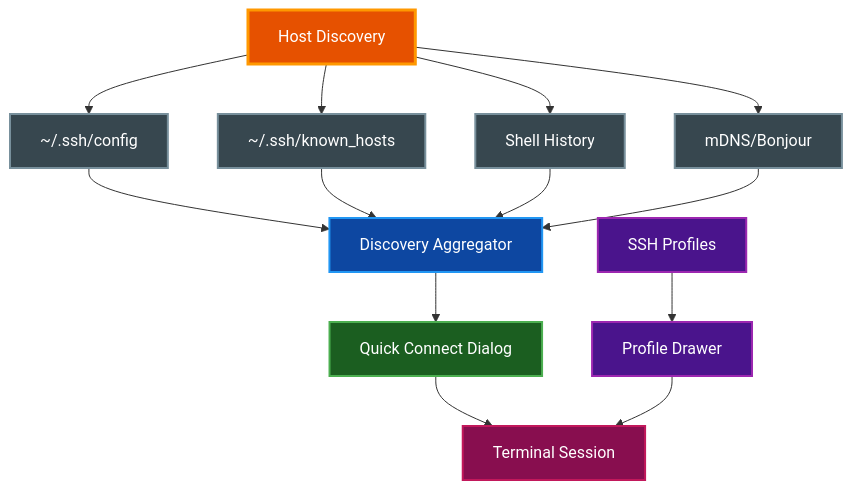
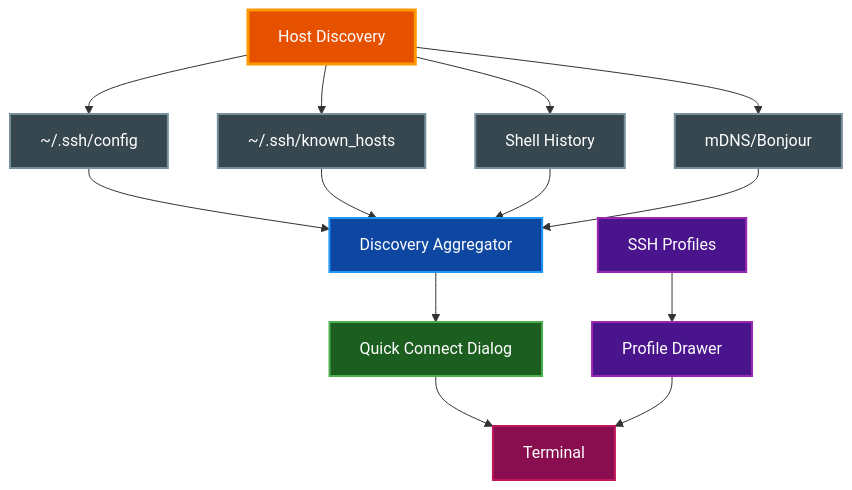
One commit to paulrobello/par-term changed the diagram in docs/features/SSH.md. Above: the diagram before and after it, drawn with Mermaid. The commit also changed 83 other files, not shown here.

````diff
--- a/docs/features/SSH.md
+++ b/docs/features/SSH.md
@@ -31,39 +31,39 @@
 ```mermaid
 graph TD
     Discovery[Host Discovery]
     Config[~/.ssh/config]
     Known[~/.ssh/known_hosts]
     History[Shell History]
     MDNS[mDNS/Bonjour]
     Aggregator[Discovery Aggregator]
     QuickConnect[Quick Connect Dialog]
     Profiles[SSH Profiles]
     ProfileDrawer[Profile Drawer]
-    Terminal[Terminal Session]
+    Terminal[Terminal]
 
     Discovery --> Config
     Discovery --> Known
     Discovery --> History
     Discovery --> MDNS
 
     Config --> Aggregator
     Known --> Aggregator
     History --> Aggregator
     MDNS --> Aggregator
 
     Aggregator --> QuickConnect
     QuickConnect --> Terminal
     Profiles --> ProfileDrawer
     ProfileDrawer --> Terminal
 
     style Discovery fill:#e65100,stroke:#ff9800,stroke-width:3px,color:#ffffff
     style Config fill:#37474f,stroke:#78909c,stroke-width:2px,color:#ffffff
     style Known fill:#37474f,stroke:#78909c,stroke-width:2px,color:#ffffff
     style History fill:#37474f,stroke:#78909c,stroke-width:2px,color:#ffffff
     style MDNS fill:#37474f,stroke:#78909c,stroke-width:2px,color:#ffffff
     style Aggregator fill:#0d47a1,stroke:#2196f3,stroke-width:2px,color:#ffffff
     style QuickConnect fill:#1b5e20,stroke:#4caf50,stroke-width:2px,color:#ffffff
     style Profiles fill:#4a148c,stroke:#9c27b0,stroke-width:2px,color:#ffffff
     style ProfileDrawer fill:#4a148c,stroke:#9c27b0,stroke-width:2px,color:#ffffff
     style Terminal fill:#880e4f,stroke:#c2185b,stroke-width:2px,color:#ffffff
 ```
````
